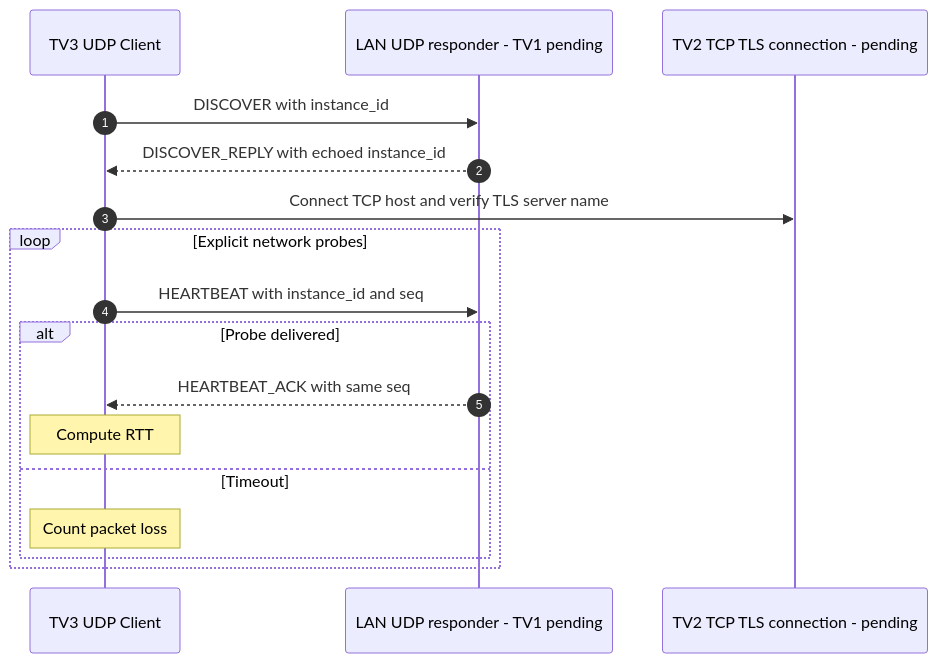
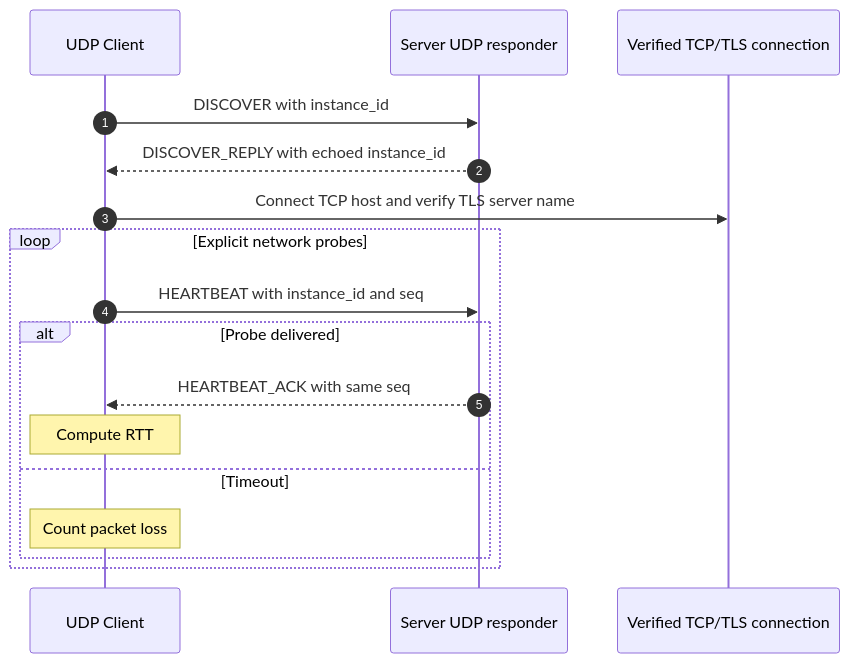
Before and after one commit to 1K-Keem/lan-collab: the diagram in docs/diagrams/client-udp-probes.md, drawn with Mermaid. The commit also changed other lines of this file and 68 other files, not shown here.

````diff
--- a/docs/diagrams/client-udp-probes.md
+++ b/docs/diagrams/client-udp-probes.md
@@ -3,19 +3,19 @@
 ```mermaid
 sequenceDiagram
     autonumber
-    participant C as TV3 UDP Client
-    participant U as LAN UDP responder - TV1 pending
-    participant T as TV2 TCP TLS connection - pending
+    participant C as UDP Client
+    participant U as Server UDP responder
+    participant T as Verified TCP/TLS connection
     C->>U: DISCOVER with instance_id
     U-->>C: DISCOVER_REPLY with echoed instance_id
     C->>T: Connect TCP host and verify TLS server name
     loop Explicit network probes
         C->>U: HEARTBEAT with instance_id and seq
         alt Probe delivered
             U-->>C: HEARTBEAT_ACK with same seq
             Note over C: Compute RTT
         else Timeout
             Note over C: Count packet loss
         end
     end
 ```
````
